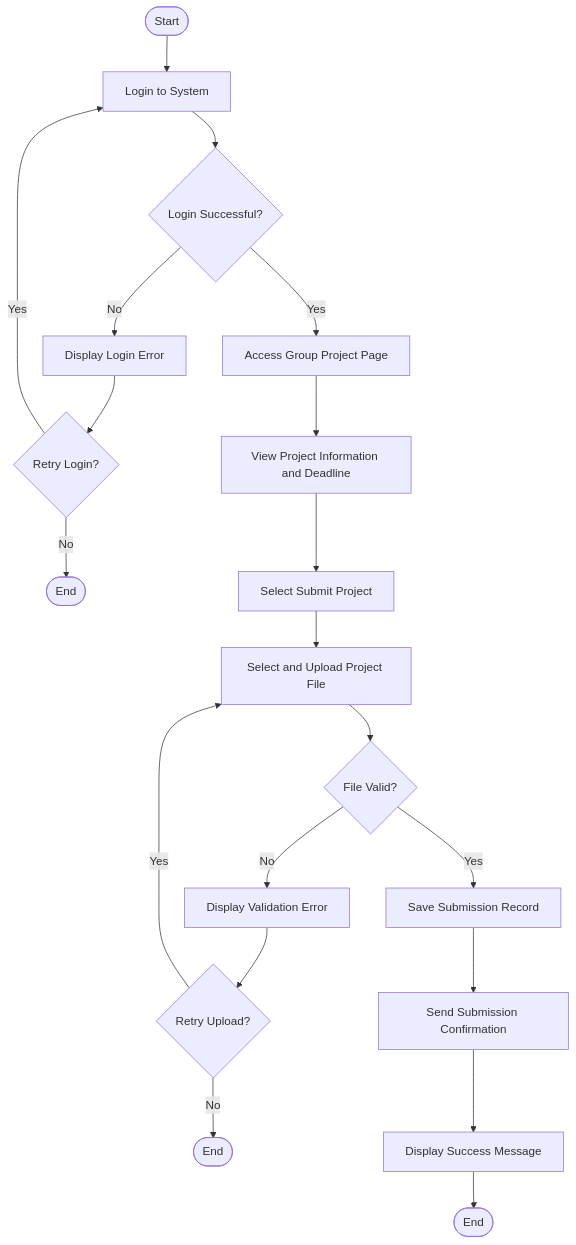
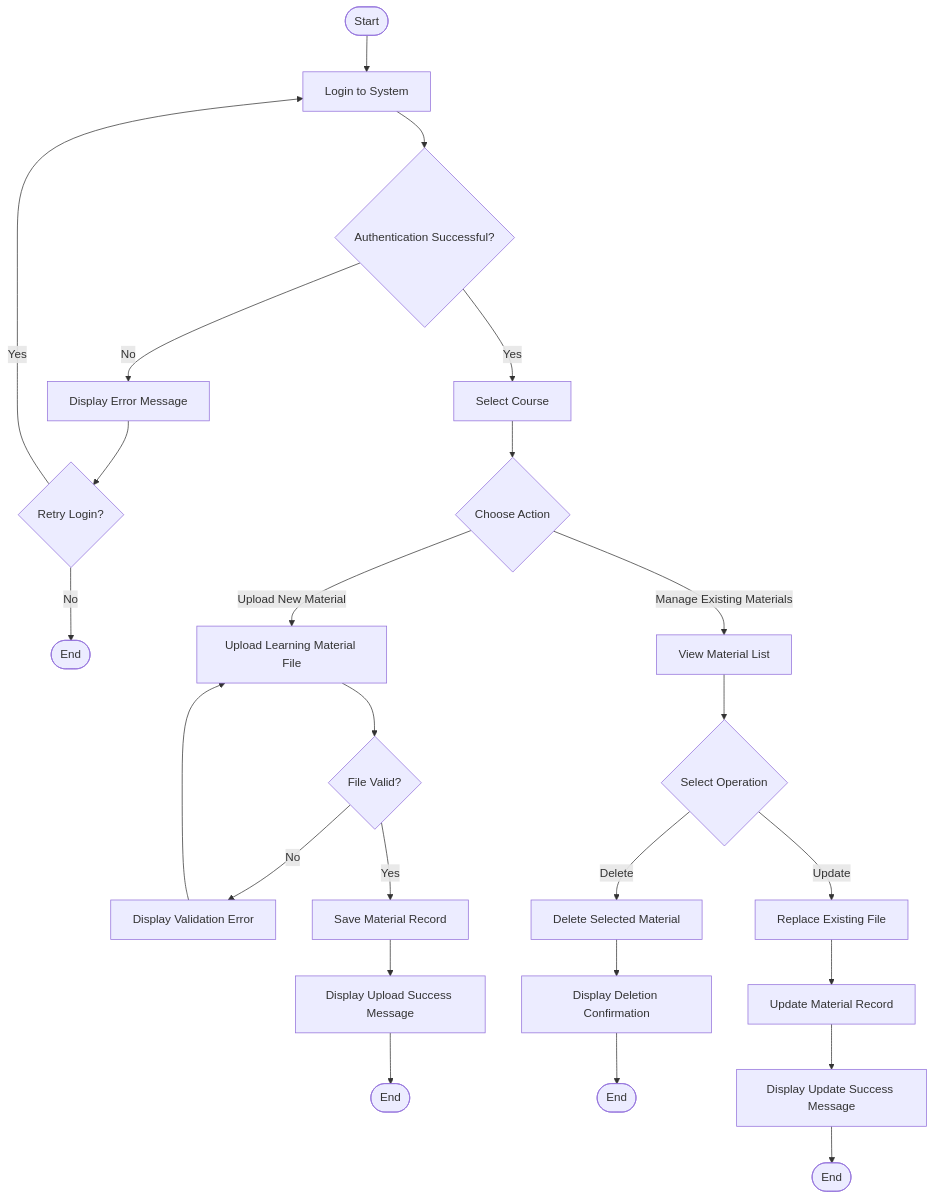
The diagram in all/未命名-1.md (Lifantastic-O/iodraw-files), drawn with Mermaid before and after one commit.

Commit message:
2025-12-18 18:27:09 update

````diff
--- a/all/未命名-1.md
+++ b/all/未命名-1.md
@@ -1,27 +1,34 @@
 ```mermaid
 flowchart TD
     A([Start]) --> B[Login to System]
-    B --> C{Login Successful?}
+    B --> C{Authentication Successful?}
 
-    C -- No --> D[Display Login Error]
+    C -- No --> D[Display Error Message]
     D --> E{Retry Login?}
     E -- Yes --> B
     E -- No --> F([End])
 
-    C -- Yes --> G[Access Group Project Page]
-    G --> H[View Project Information and Deadline]
-    H --> I[Select Submit Project]
-    I --> J[Select and Upload Project File]
-    J --> K{File Valid?}
+    C -- Yes --> G[Select Course]
+    G --> H{Choose Action}
 
-    K -- No --> L[Display Validation Error]
-    L --> M{Retry Upload?}
-    M -- Yes --> J
-    M -- No --> N([End])
+    H -- Upload New Material --> I[Upload Learning Material File]
+    I --> J{File Valid?}
+    J -- No --> K[Display Validation Error]
+    K --> I
+    J -- Yes --> L[Save Material Record]
+    L --> M[Display Upload Success Message]
+    M --> N([End])
 
-    K -- Yes --> O[Save Submission Record]
-    O --> P[Send Submission Confirmation]
-    P --> Q[Display Success Message]
-    Q --> R([End])
+    H -- Manage Existing Materials --> O[View Material List]
+    O --> P{Select Operation}
+
+    P -- Delete --> Q[Delete Selected Material]
+    Q --> R[Display Deletion Confirmation]
+    R --> S([End])
+
+    P -- Update --> T[Replace Existing File]
+    T --> U[Update Material Record]
+    U --> V[Display Update Success Message]
+    V --> W([End])
 
 ```
````
